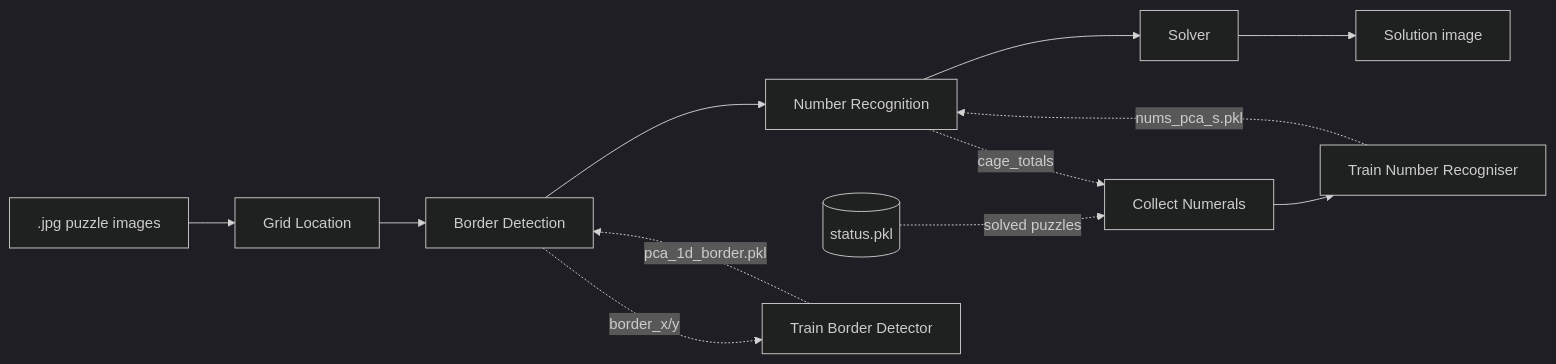
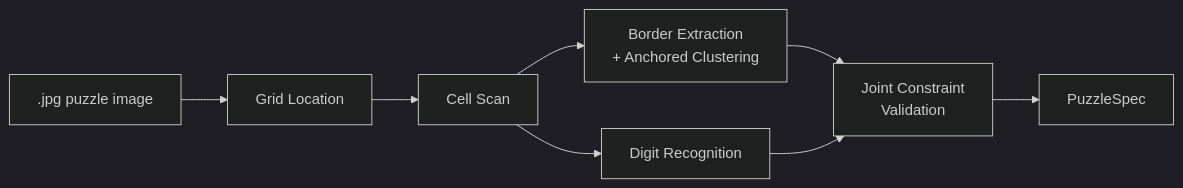
Before and after one commit to gbarrett28/cagedoku: the first of 3 diagrams in docs/architecture.md, drawn with Mermaid (dark theme). The commit also changed other lines of this file and 9 other files, not shown here.

First line of the commit message:
docs: restructure architecture.md; add image-pipeline.md; delete completed specs

````diff
--- a/docs/architecture.md
+++ b/docs/architecture.md
@@ -16,16 +66,10 @@
 ```mermaid
 flowchart LR
-    A[.jpg puzzle images] --> B[Grid Location]
-    B --> C[Border Detection]
-    C --> D[Number Recognition]
-    D --> E[Solver]
-    E --> F[Solution image]
-
-    G[(status.pkl)] -.->|solved puzzles| T1[Collect Numerals]
-    D -.->|cage_totals| T1
-    T1 --> T2[Train Number Recogniser]
-    T2 -.->|nums_pca_s.pkl| D
-
-    C -.->|border_x/y| T3[Train Border Detector]
-    T3 -.->|pca_1d_border.pkl| C
+    A[.jpg puzzle image] --> B[Grid Location]
+    B --> C[Cell Scan]
+    C --> D[Border Extraction\n+ Anchored Clustering]
+    C --> E[Digit Recognition]
+    D --> F[Joint Constraint\nValidation]
+    E --> F
+    F --> G[PuzzleSpec]
 ```
````
